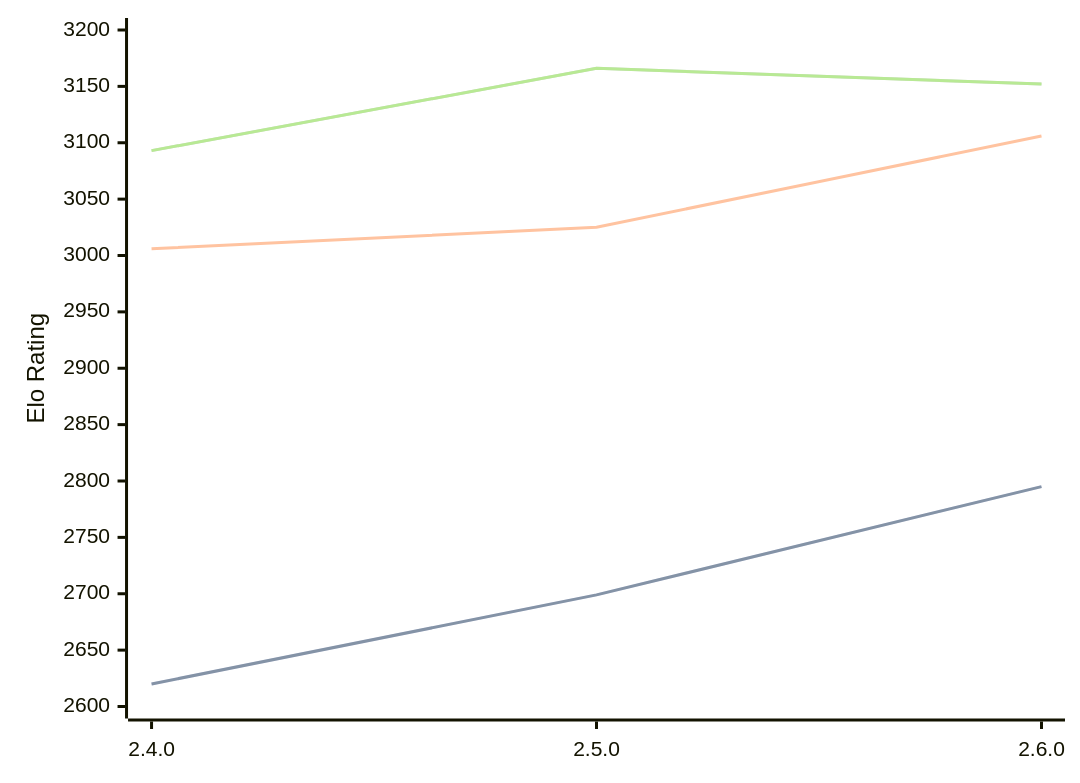
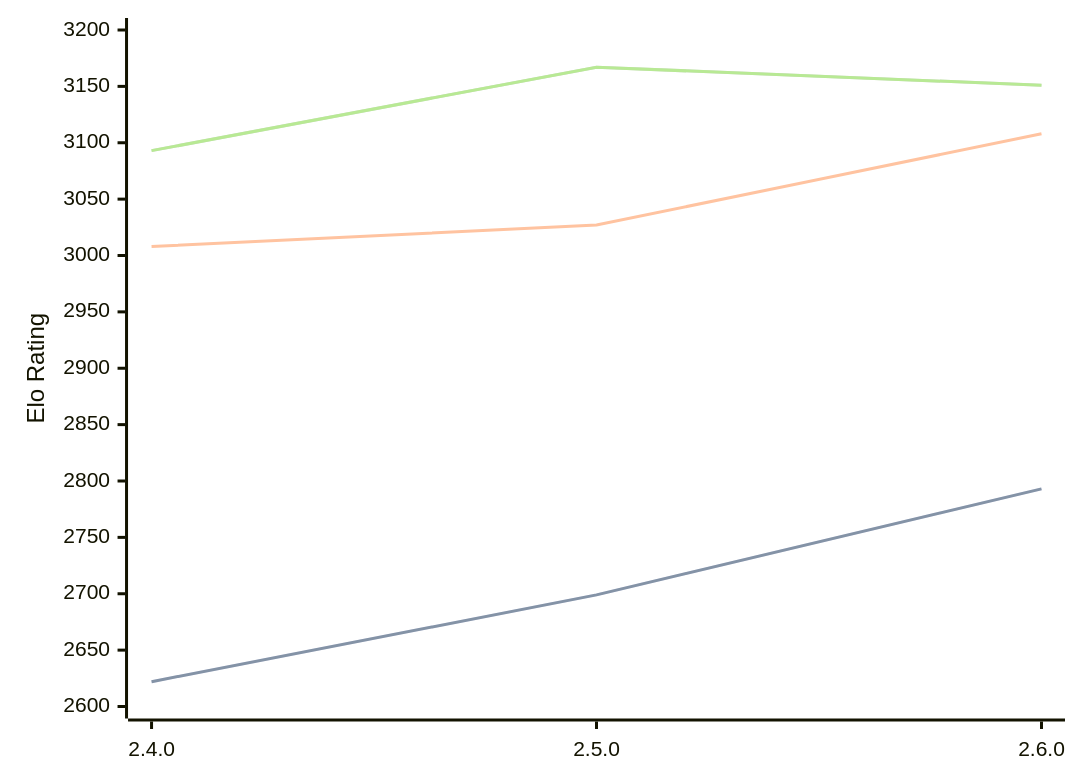
The diagram in engines/Sturddle2.md (computer-chess-index/cci), drawn with Mermaid before and after one commit. The commit also changed other lines of this file, not shown here.

Commit message:
Update CCI Ratings (ELO VLTC) - 2026-09-13

````diff
--- a/engines/Sturddle2.md
+++ b/engines/Sturddle2.md
@@ -33,11 +33,11 @@
 ```mermaid
 %%{init: {"theme":"base","themeVariables":{"seriesColors:['#a3a3a3','#222221','#faa371']}}}%%
 xychart-beta
   x-axis ["2.4.0", "2.5.0", "2.6.0"]
   y-axis "Elo Rating" 2600 --> 3200
-  line "" [2620, 2699, 2795]
-  line "STC (8.0+0.08s)" [2620, 2699, 2795]
-  line "LTC (60.0+0.60s)" [3006, 3025, 3106]
-  line "" [3093, 3166, 3152]
-  line "VLTC (2m24s+1.12s)" [3093, 3166, 3152]
+  line "" [2622, 2699, 2793]
+  line "STC (8.0+0.08s)" [2622, 2699, 2793]
+  line "LTC (60.0+0.60s)" [3008, 3027, 3108]
+  line "" [3093, 3167, 3151]
+  line "VLTC (2m24s+1.12s)" [3093, 3167, 3151]
 ```
````
